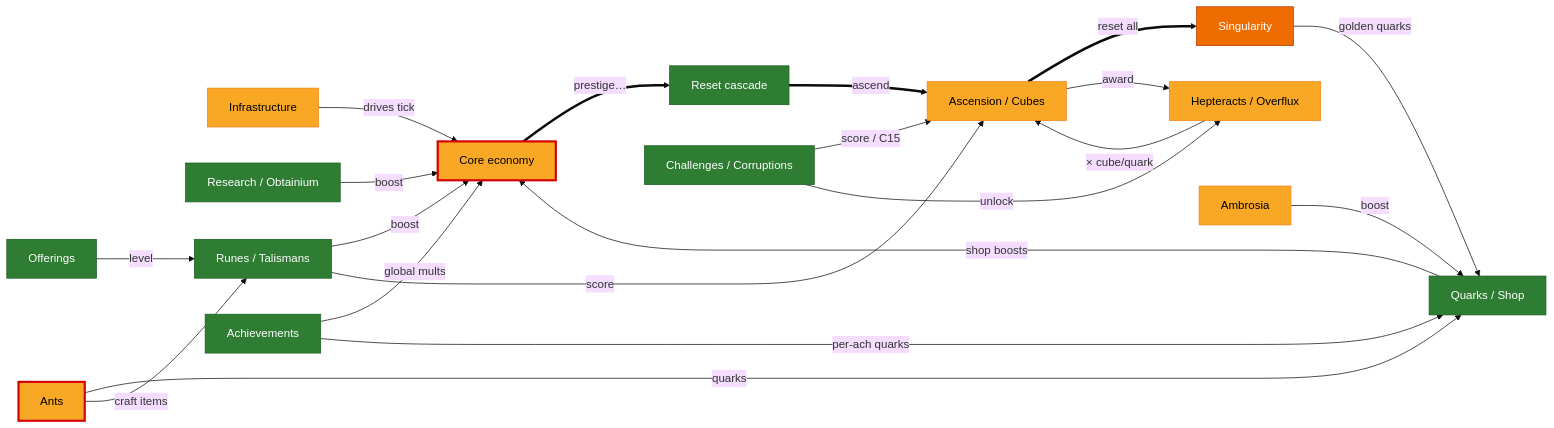
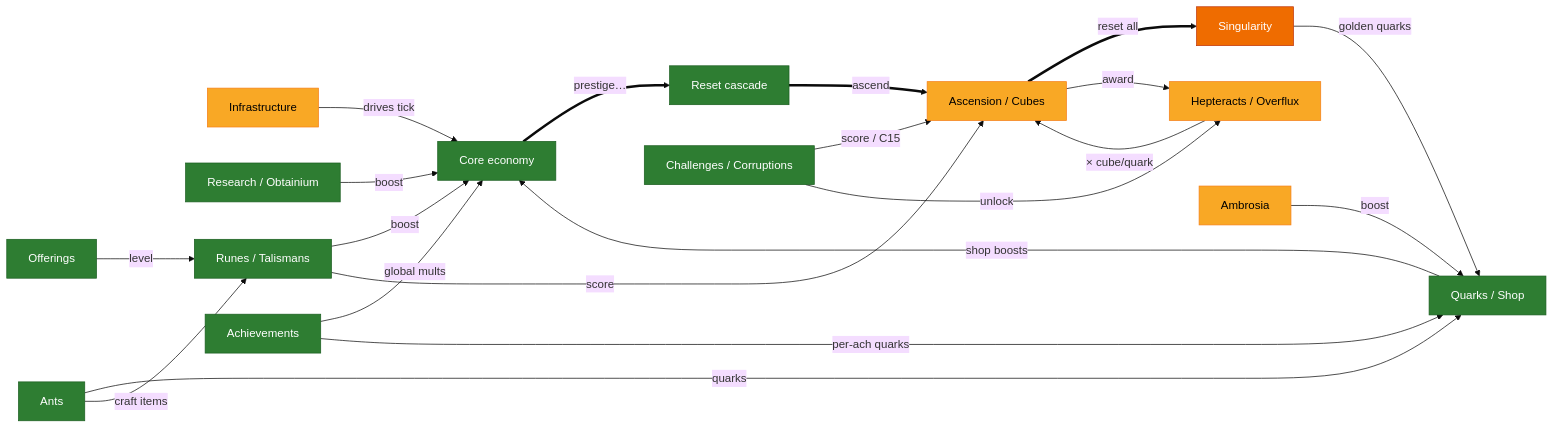
Before and after one commit to MaddisonM79/synergism_forkd: the diagram in docs/systems/README.md, drawn with Mermaid (base theme). The commit also changed other lines of this file and 3 other files, not shown here.

````diff
--- a/docs/systems/README.md
+++ b/docs/systems/README.md
@@ -46,42 +46,42 @@
 ```mermaid
 flowchart LR
   classDef ported fill:#2e7d32,color:#fff,stroke:#1b5e20;
   classDef partial fill:#f9a825,color:#000,stroke:#f57f17;
   classDef stub fill:#ef6c00,color:#fff,stroke:#bf360c;
   classDef bug fill:#f9a825,color:#000,stroke:#d50000,stroke-width:3px;
 
   infra["Infrastructure"]:::partial
-  coreEcon["Core economy"]:::bug
+  coreEcon["Core economy"]:::ported
   resets["Reset cascade"]:::ported
   research["Research / Obtainium"]:::ported
   offerings["Offerings"]:::ported
   runes["Runes / Talismans"]:::ported
-  ants["Ants"]:::bug
+  ants["Ants"]:::ported
   challenges["Challenges / Corruptions"]:::ported
   ascension["Ascension / Cubes"]:::partial
   hepteracts["Hepteracts / Overflux"]:::partial
   singularity["Singularity"]:::stub
   ambrosia["Ambrosia"]:::partial
   meta["Quarks / Shop"]:::ported
   achievements["Achievements"]:::ported
 
   coreEcon ==>|"prestige…"| resets
   resets ==>|"ascend"| ascension
   ascension ==>|"reset all"| singularity
   infra -->|"drives tick"| coreEcon
   research -->|"boost"| coreEcon
   offerings -->|"level"| runes
   runes -->|"boost"| coreEcon
   runes -->|"score"| ascension
   ants -->|"quarks"| meta
   ants -->|"craft items"| runes
   challenges -->|"score / C15"| ascension
   challenges -->|"unlock"| hepteracts
   ascension -->|"award"| hepteracts
   hepteracts -->|"× cube/quark"| ascension
   singularity -->|"golden quarks"| meta
   ambrosia -->|"boost"| meta
   meta -->|"shop boosts"| coreEcon
   achievements -->|"global mults"| coreEcon
   achievements -->|"per-ach quarks"| meta
 ```
````
